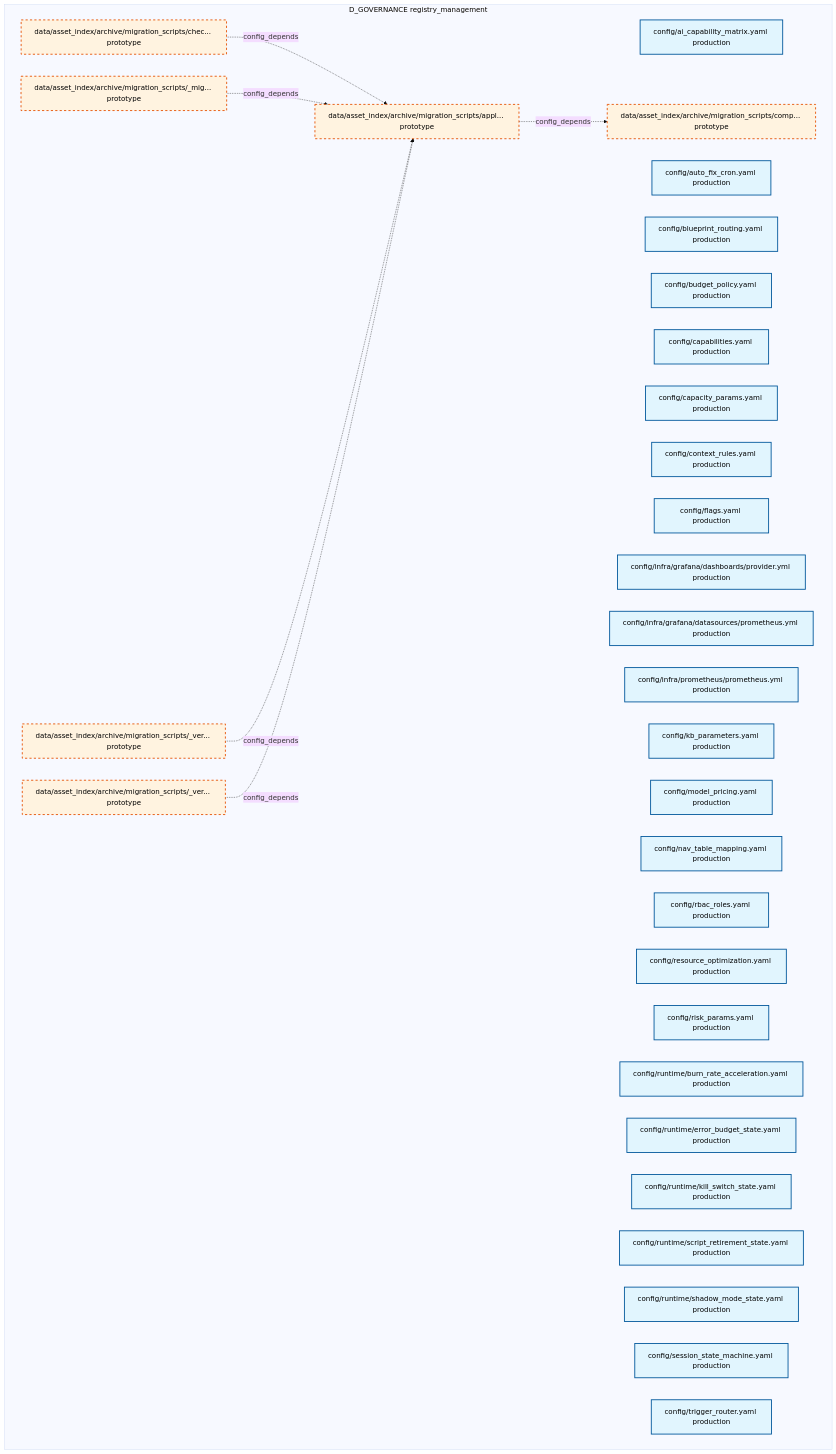
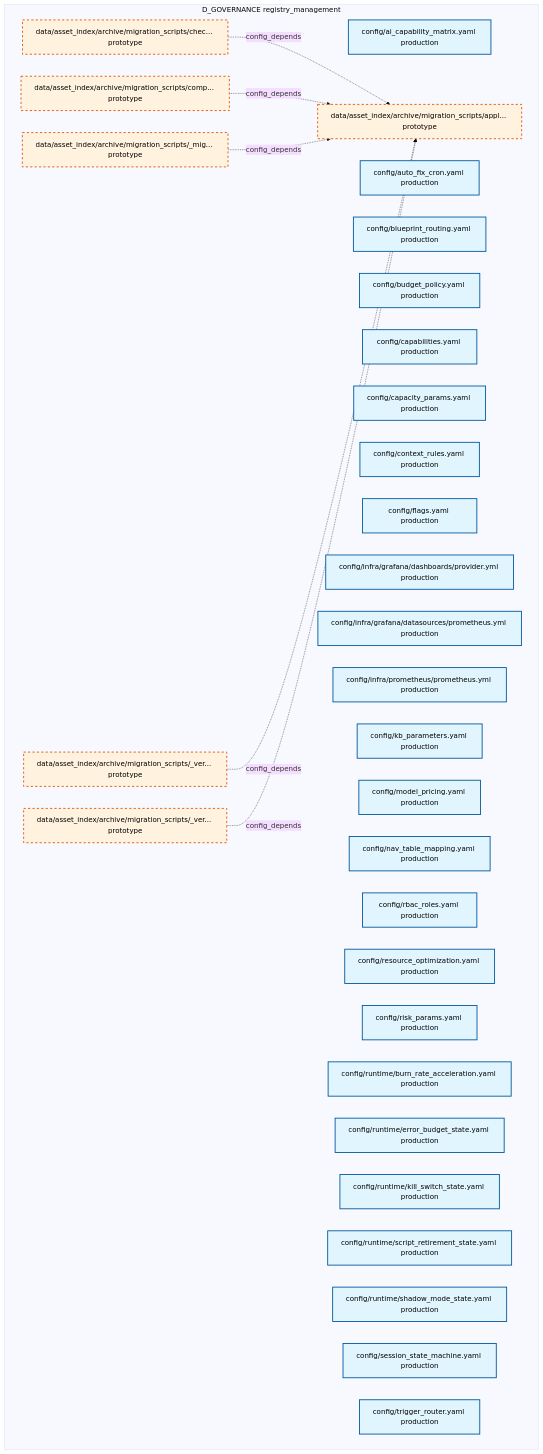
Before and after one commit to xuanFelixVan/ZephyrAlpha: the first of 29 diagrams in docs/02_enterprise_architecture/02_domain_architecture_docs/31_d_governance.md, drawn with Mermaid (base theme). The commit also changed other lines of this file and 99 other files, not shown here.

````diff
--- a/docs/02_enterprise_architecture/02_domain_architecture_docs/31_d_governance.md
+++ b/docs/02_enterprise_architecture/02_domain_architecture_docs/31_d_governance.md
@@ -49,46 +49,46 @@
 ```mermaid
 graph TD
     subgraph D_GOVERNANCE["D_GOVERNANCE registry_management"]
         config_ai_capability_matrix_yaml["config/ai_capability_matrix.yaml production"]
         config_auto_fix_cron_yaml["config/auto_fix_cron.yaml production"]
         config_blueprint_routing_yaml["config/blueprint_routing.yaml production"]
         config_budget_policy_yaml["config/budget_policy.yaml production"]
         config_capabilities_yaml["config/capabilities.yaml production"]
         config_capacity_params_yaml["config/capacity_params.yaml production"]
         config_context_rules_yaml["config/context_rules.yaml production"]
         config_flags_yaml["config/flags.yaml production"]
         config_infra_grafana_dashboards_provider_yml["config/infra/grafana/dashboards/provider.yml production"]
         config_infra_grafana_datasources_prometheus_yml["config/infra/grafana/datasources/prometheus.yml production"]
         config_infra_prometheus_prometheus_yml["config/infra/prometheus/prometheus.yml production"]
         config_kb_parameters_yaml["config/kb_parameters.yaml production"]
         config_model_pricing_yaml["config/model_pricing.yaml production"]
         config_nav_table_mapping_yaml["config/nav_table_mapping.yaml production"]
         config_rbac_roles_yaml["config/rbac_roles.yaml production"]
         config_resource_optimization_yaml["config/resource_optimization.yaml production"]
         config_risk_params_yaml["config/risk_params.yaml production"]
         config_runtime_burn_rate_acceleration_yaml["config/runtime/burn_rate_acceleration.yaml production"]
         config_runtime_error_budget_state_yaml["config/runtime/error_budget_state.yaml production"]
         config_runtime_kill_switch_state_yaml["config/runtime/kill_switch_state.yaml production"]
         config_runtime_script_retirement_state_yaml["config/runtime/script_retirement_state.yaml production"]
         config_runtime_shadow_mode_state_yaml["config/runtime/shadow_mode_state.yaml production"]
         config_session_state_machine_yaml["config/session_state_machine.yaml production"]
         config_trigger_router_yaml["config/trigger_router.yaml production"]
         data_asset_index_archive_migration_scripts_migration_shared_py["data/asset_index/archive/migration_scripts/_mig... prototype"]
         data_asset_index_archive_migration_scripts_verify_manifest_py["data/asset_index/archive/migration_scripts/_ver... prototype"]
         data_asset_index_archive_migration_scripts_verify_step4_py["data/asset_index/archive/migration_scripts/_ver... prototype"]
         data_asset_index_archive_migration_scripts_apply_rulings_py["data/asset_index/archive/migration_scripts/appl... prototype"]
         data_asset_index_archive_migration_scripts_check_coverage_py["data/asset_index/archive/migration_scripts/chec... prototype"]
         data_asset_index_archive_migration_scripts_comprehensive_import_fix_py["data/asset_index/archive/migration_scripts/comp... prototype"]
     end
-    data_asset_index_archive_migration_scripts_apply_rulings_py -.->|config_depends| data_asset_index_archive_migration_scripts_comprehensive_import_fix_py
     data_asset_index_archive_migration_scripts_check_coverage_py -.->|config_depends| data_asset_index_archive_migration_scripts_apply_rulings_py
+    data_asset_index_archive_migration_scripts_comprehensive_import_fix_py -.->|config_depends| data_asset_index_archive_migration_scripts_apply_rulings_py
     data_asset_index_archive_migration_scripts_migration_shared_py -.->|config_depends| data_asset_index_archive_migration_scripts_apply_rulings_py
     data_asset_index_archive_migration_scripts_verify_manifest_py -.->|config_depends| data_asset_index_archive_migration_scripts_apply_rulings_py
     data_asset_index_archive_migration_scripts_verify_step4_py -.->|config_depends| data_asset_index_archive_migration_scripts_apply_rulings_py
     classDef production fill:#e1f5fe,stroke:#01579b,stroke-width:2px,color:#000
     classDef design fill:#fff3e0,stroke:#e65100,stroke-width:2px,color:#000,stroke-dasharray: 5 5
     classDef external_prod fill:#e8f5e9,stroke:#1b5e20,stroke-width:1px,color:#000
     classDef external_design fill:#fce4ec,stroke:#880e4f,stroke-width:1px,color:#000,stroke-dasharray: 5 5
     class config_ai_capability_matrix_yaml,config_auto_fix_cron_yaml,config_blueprint_routing_yaml,config_budget_policy_yaml,config_capabilities_yaml,config_capacity_params_yaml,config_context_rules_yaml,config_flags_yaml,config_infra_grafana_dashboards_provider_yml,config_infra_grafana_datasources_prometheus_yml,config_infra_prometheus_prometheus_yml,config_kb_parameters_yaml,config_model_pricing_yaml,config_nav_table_mapping_yaml,config_rbac_roles_yaml,config_resource_optimization_yaml,config_risk_params_yaml,config_runtime_burn_rate_acceleration_yaml,config_runtime_error_budget_state_yaml,config_runtime_kill_switch_state_yaml,config_runtime_script_retirement_state_yaml,config_runtime_shadow_mode_state_yaml,config_session_state_machine_yaml,config_trigger_router_yaml production
     class data_asset_index_archive_migration_scripts_migration_shared_py,data_asset_index_archive_migration_scripts_verify_manifest_py,data_asset_index_archive_migration_scripts_verify_step4_py,data_asset_index_archive_migration_scripts_apply_rulings_py,data_asset_index_archive_migration_scripts_check_coverage_py,data_asset_index_archive_migration_scripts_comprehensive_import_fix_py design
 ```
````
